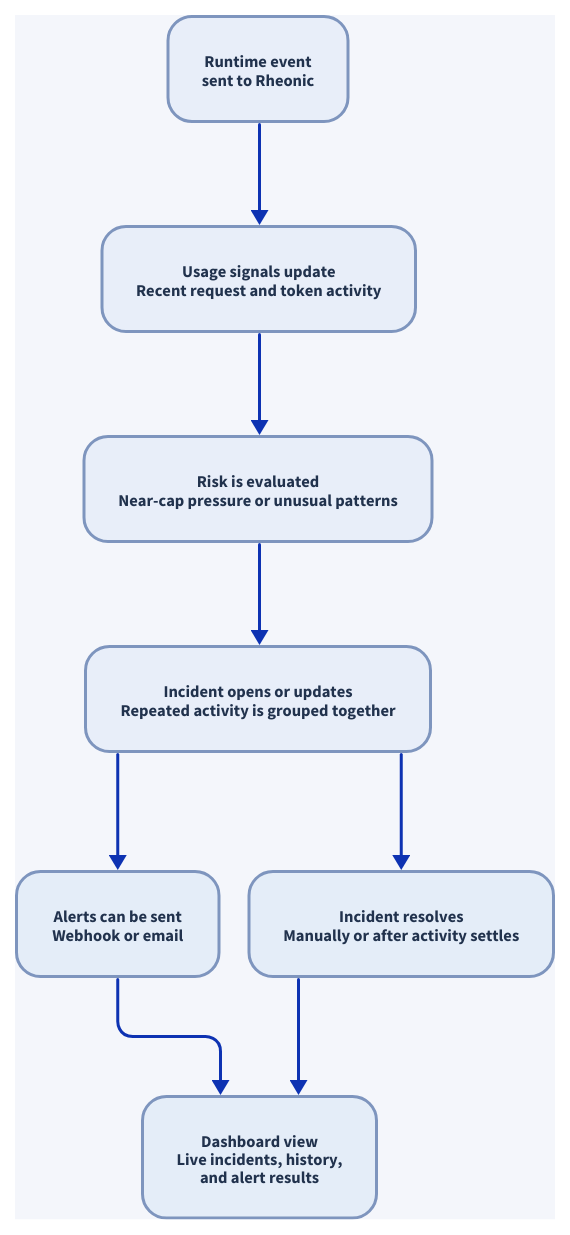
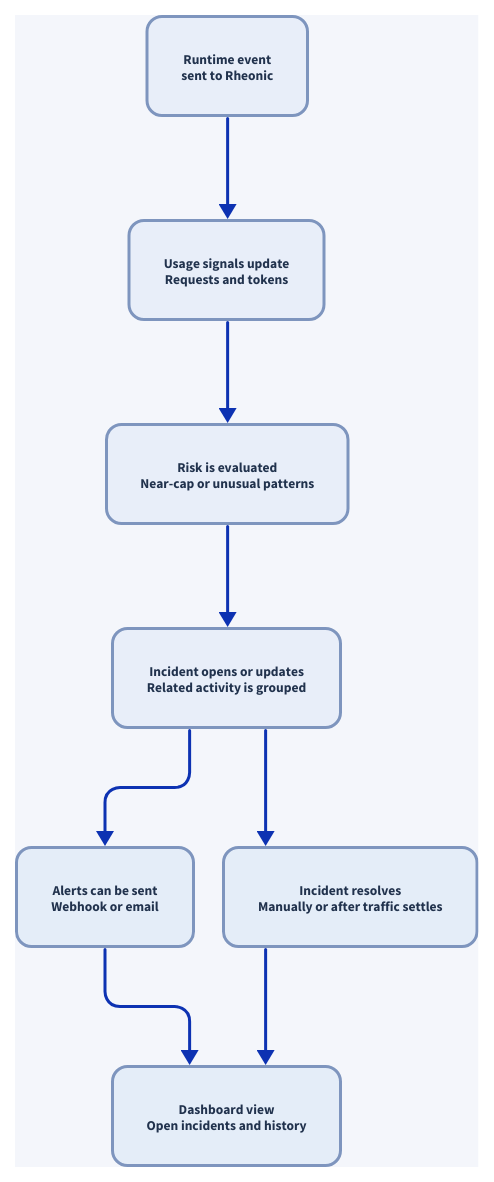
One commit to MichaelTelvin/Rheonic changed the diagram in docs/architecture/incident_flow.d2. Above: the diagram before and after it, drawn with D2. The commit also changed 10 other files, not shown here.

Commit message:
page unfold fix + reduce incidents chart

```diff
--- a/docs/architecture/incident_flow.d2
+++ b/docs/architecture/incident_flow.d2
@@ -1,91 +1,91 @@
 direction: down
 
 vars: {
   d2-config: {
     pad: 10
     sketch: false
     layout-engine: elk
   }
 }
 
 style: {
   fill: "#f4f6fb"
 }
 
 event: "Runtime event\nsent to Rheonic" {
   style: {
     fill: "#e8eef9"
     stroke: "#7e95be"
     font-color: "#21324d"
-    border-radius: 16
-    font-size: 11
+    border-radius: 10
+    font-size: 9
   }
 }
 
-signals: "Usage signals update\nRecent request and token activity" {
+signals: "Usage signals update\nRequests and tokens" {
   style: {
     fill: "#e8eef9"
     stroke: "#7e95be"
     font-color: "#21324d"
-    border-radius: 16
-    font-size: 11
+    border-radius: 10
+    font-size: 9
   }
 }
 
-risk_check: "Risk is evaluated\nNear-cap pressure or unusual patterns" {
+risk_check: "Risk is evaluated\nNear-cap or unusual patterns" {
   style: {
     fill: "#e8eef9"
     stroke: "#7e95be"
     font-color: "#21324d"
-    border-radius: 16
-    font-size: 11
+    border-radius: 10
+    font-size: 9
   }
 }
 
-incident: "Incident opens or updates\nRepeated activity is grouped together" {
+incident: "Incident opens or updates\nRelated activity is grouped" {
   style: {
     fill: "#e8eef9"
     stroke: "#7e95be"
     font-color: "#21324d"
-    border-radius: 16
-    font-size: 11
+    border-radius: 10
+    font-size: 9
   }
 }
 
 alerts: "Alerts can be sent\nWebhook or email" {
   style: {
     fill: "#e4edf8"
     stroke: "#7e95be"
     font-color: "#21324d"
-    border-radius: 16
-    font-size: 11
+    border-radius: 10
+    font-size: 9
   }
 }
 
-resolve: "Incident resolves\nManually or after activity settles" {
+resolve: "Incident resolves\nManually or after traffic settles" {
   style: {
     fill: "#e4edf8"
     stroke: "#7e95be"
     font-color: "#21324d"
-    border-radius: 16
-    font-size: 11
+    border-radius: 10
+    font-size: 9
   }
 }
 
-dashboard: "Dashboard view\nLive incidents, history,\nand alert results" {
+dashboard: "Dashboard view\nOpen incidents and history" {
   style: {
     fill: "#e4edf8"
     stroke: "#7e95be"
     font-color: "#21324d"
-    border-radius: 16
-    font-size: 11
+    border-radius: 10
+    font-size: 9
   }
 }
 
 event -> signals
 signals -> risk_check
 risk_check -> incident
 incident -> alerts
 incident -> resolve
 alerts -> dashboard
 resolve -> dashboard
```
